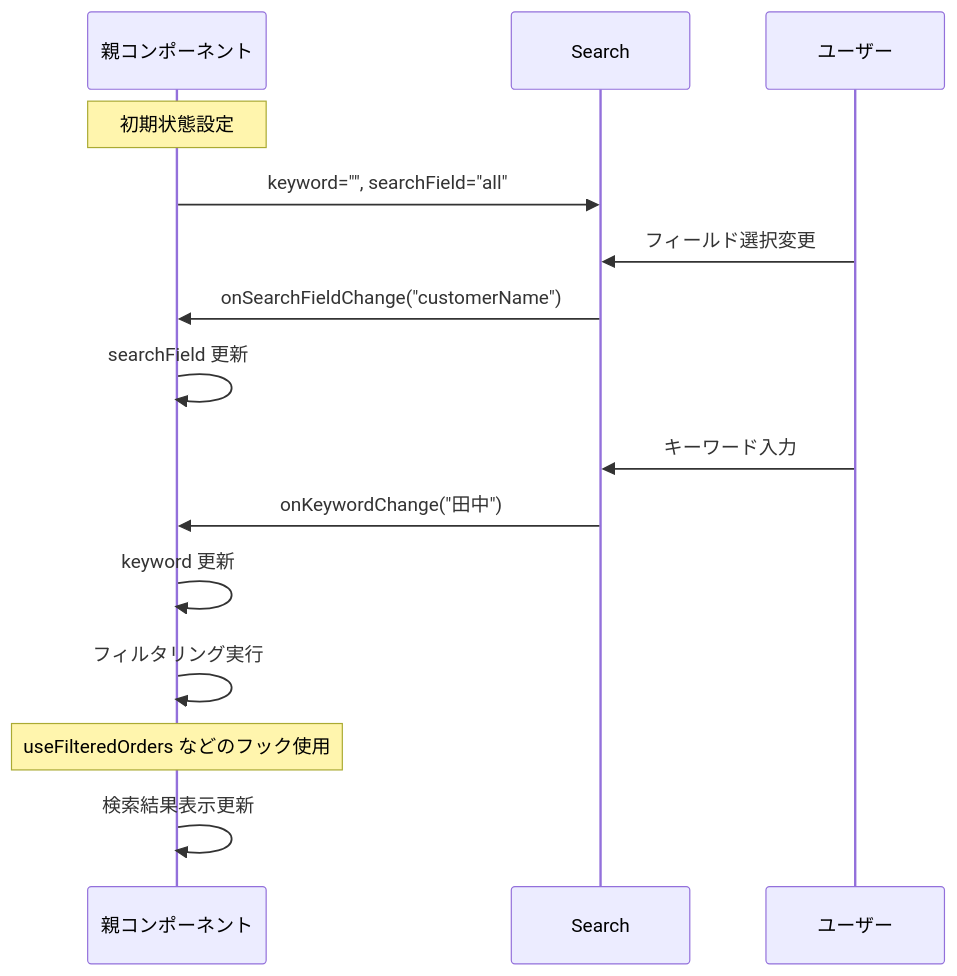
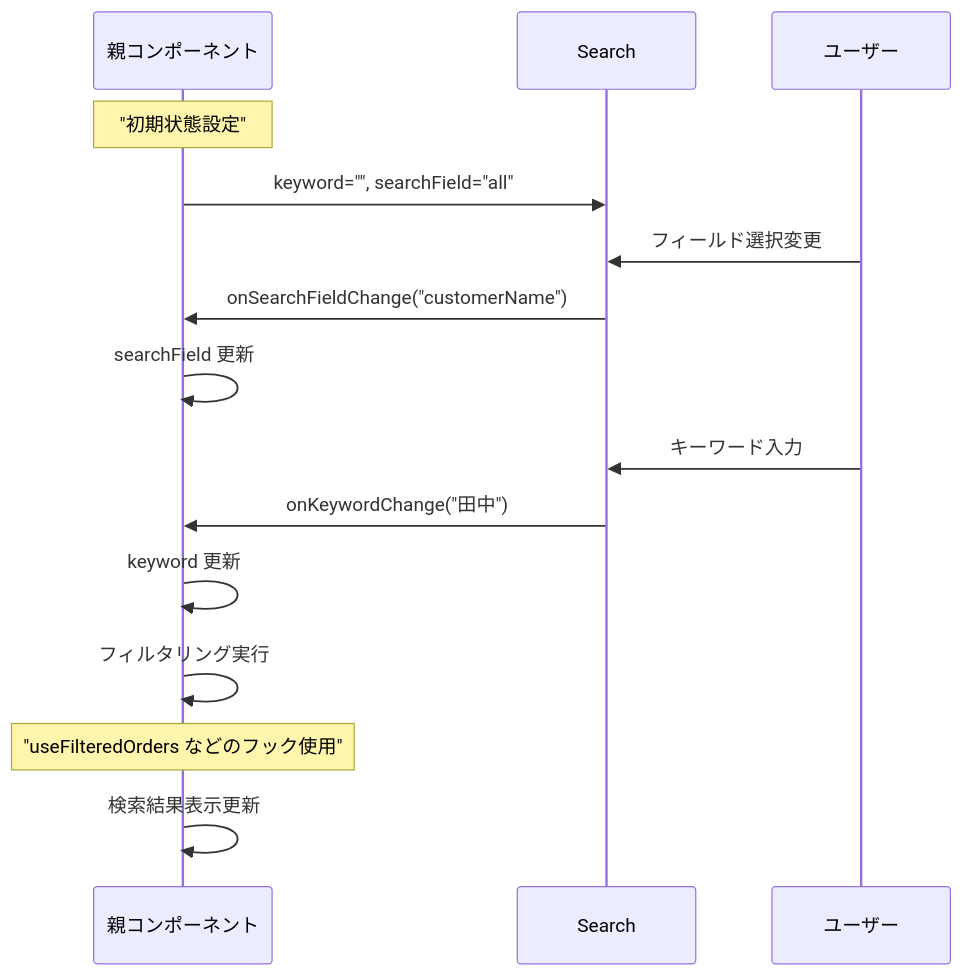
The ninth of 10 diagrams in document/components/sequence/Search.md (wasabi49/ocs-systemDevelopmentExercises), drawn with Mermaid before and after one commit. The commit also changed other lines of this file and 42 other files, not shown here.

First line of the commit message:
fix: mermaidシーケンス図のNote over文でダブルクォーテーション不足を修正

````diff
--- a/document/components/sequence/Search.md
+++ b/document/components/sequence/Search.md
@@ -175,22 +175,22 @@
 ```mermaid
 sequenceDiagram
     participant Parent as 親コンポーネント
     participant Search as Search
     participant User as ユーザー
 
-    Note over Parent: 初期状態設定
+    Note over Parent: "初期状態設定"
     Parent->>Search: keyword="", searchField="all"
     
     User->>Search: フィールド選択変更
     Search->>Parent: onSearchFieldChange("customerName")
     Parent->>Parent: searchField 更新
     
     User->>Search: キーワード入力
     Search->>Parent: onKeywordChange("田中")
     Parent->>Parent: keyword 更新
     
     Parent->>Parent: フィルタリング実行
-    Note over Parent: useFilteredOrders などのフック使用
+    Note over Parent: "useFilteredOrders などのフック使用"
     
     Parent->>Parent: 検索結果表示更新
 ```
````
